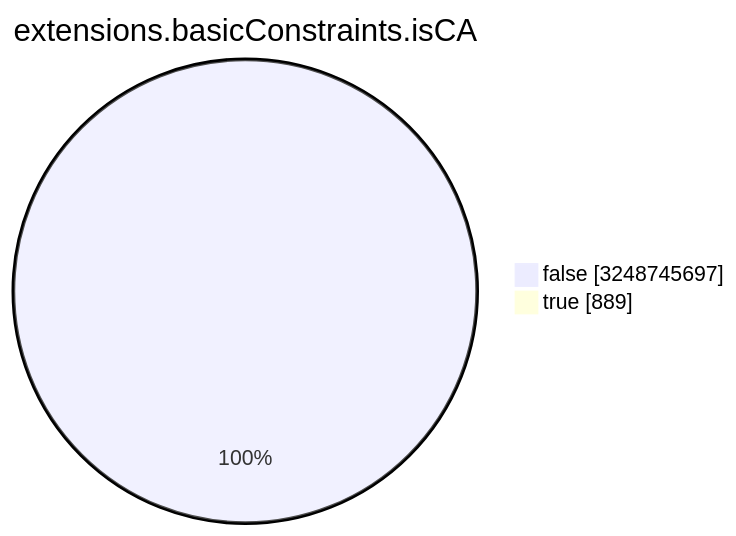
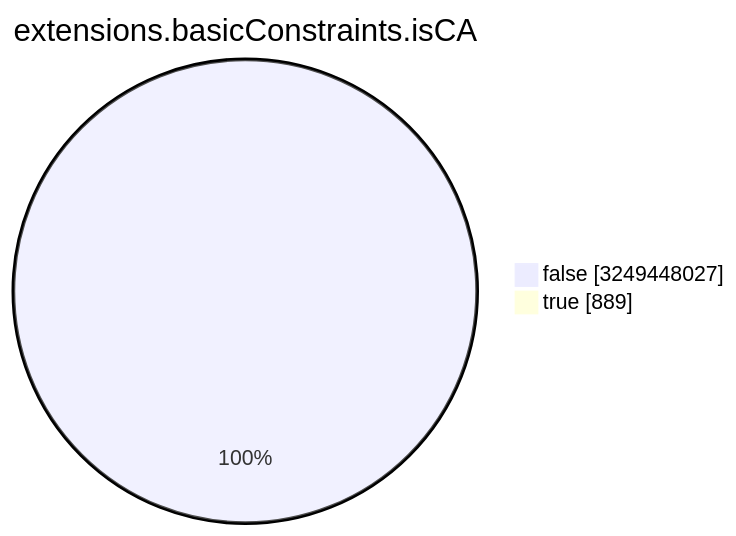
One commit to christiankrug/ctmonitor_visualization changed the seventh of 15 diagrams in TOTAL/README.md. Above: the diagram before and after it, drawn with Mermaid. The commit also changed other lines of this file, not shown here.

````diff
--- a/TOTAL/README.md
+++ b/TOTAL/README.md
@@ -3088,6 +3088,6 @@
 ```mermaid
 pie showData
 title extensions.basicConstraints.isCA
-"false" :3248745697
+"false" :3249448027
 "true" :889
 ```
````
